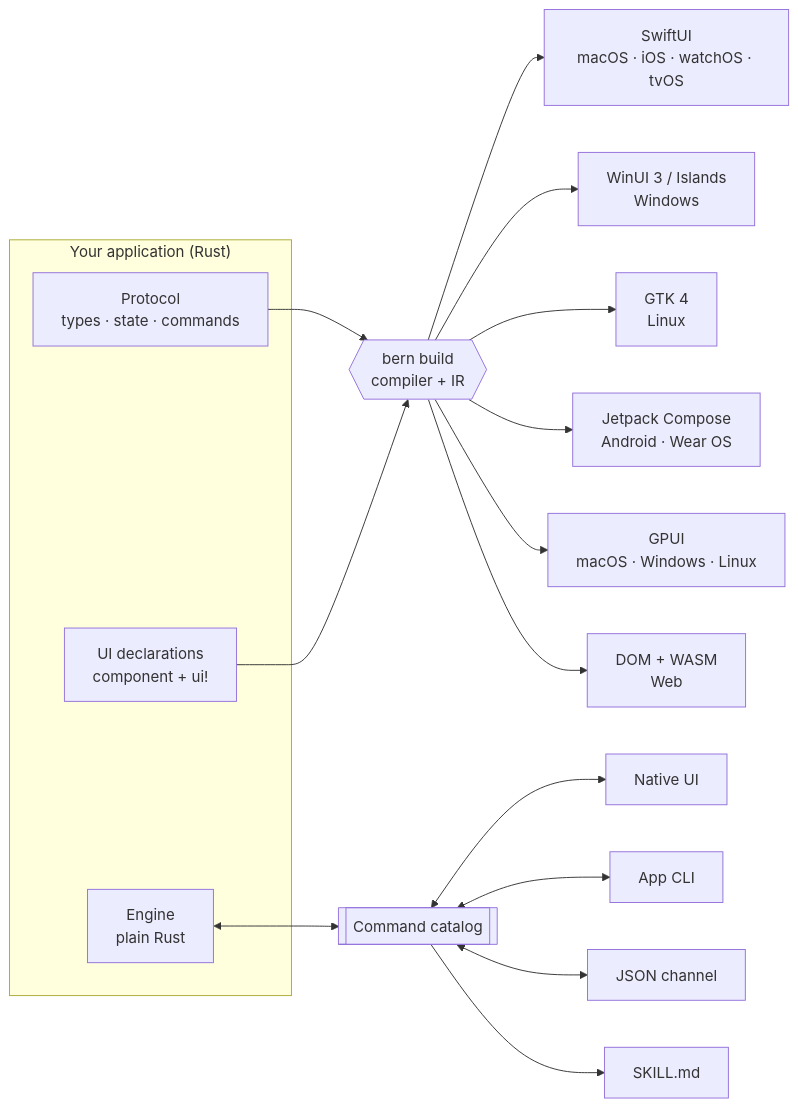
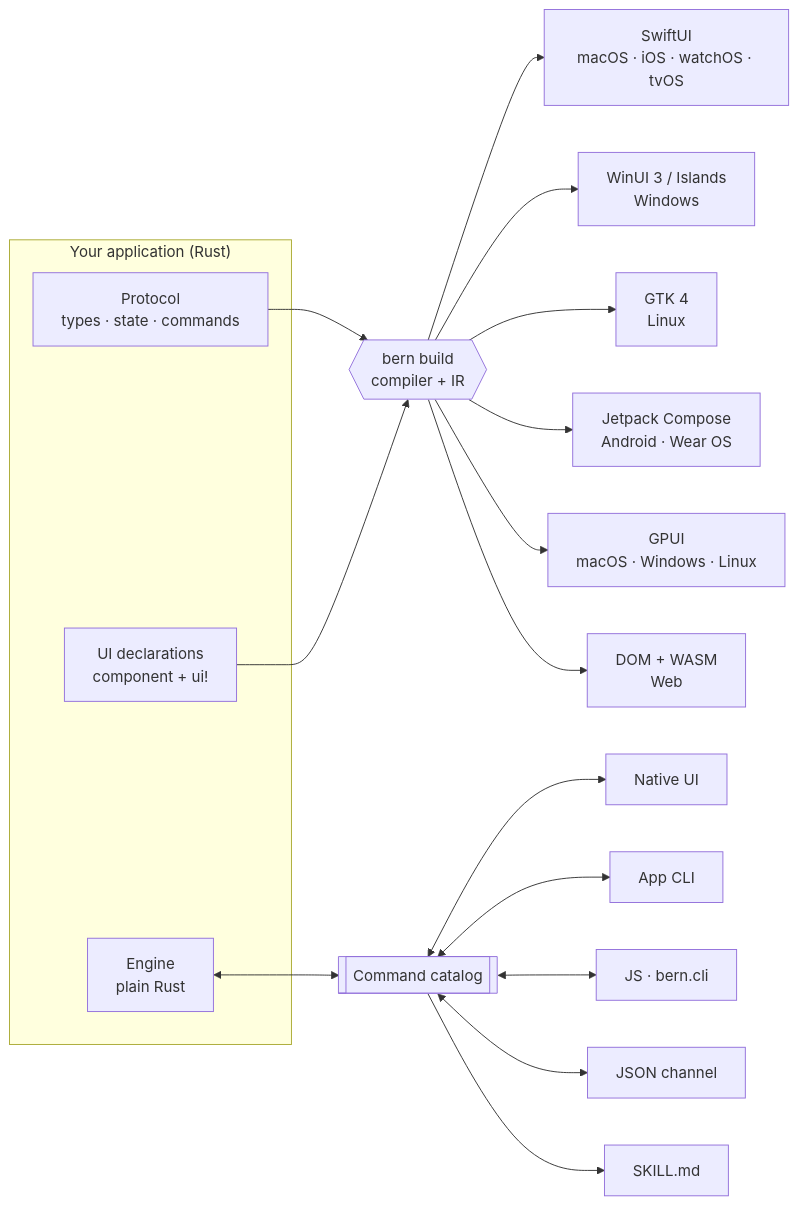
The diagram in README.md (AimesSoft/Bern), drawn with Mermaid before and after one commit. The commit also changed other lines of this file and 54 other files, not shown here.

Commit message:
整理四语 README、双语文档索引与表格图表 (#147)

````diff
--- a/README.md
+++ b/README.md
@@ -221,21 +232,22 @@
 ```mermaid
 flowchart LR
     subgraph app["Your application (Rust)"]
         P["Protocol<br/>types · state · commands"]
         U["UI declarations<br/>component + ui!"]
         E["Engine<br/>plain Rust"]
     end
     P --> C{{"bern build<br/>compiler + IR"}}
     U --> C
     C --> S["SwiftUI<br/>macOS · iOS · watchOS · tvOS"]
     C --> W["WinUI 3 / Islands<br/>Windows"]
     C --> G["GTK 4<br/>Linux"]
     C --> A["Jetpack Compose<br/>Android · Wear OS"]
     C --> P2["GPUI<br/>macOS · Windows · Linux"]
     C --> B["DOM + WASM<br/>Web"]
     E <--> K[["Command catalog"]]
     K <--> N["Native UI"]
     K <--> L["App CLI"]
+    K <--> JS["JS · bern.cli"]
     K <--> J["JSON channel"]
     K --> SK["SKILL.md"]
 ```
````
